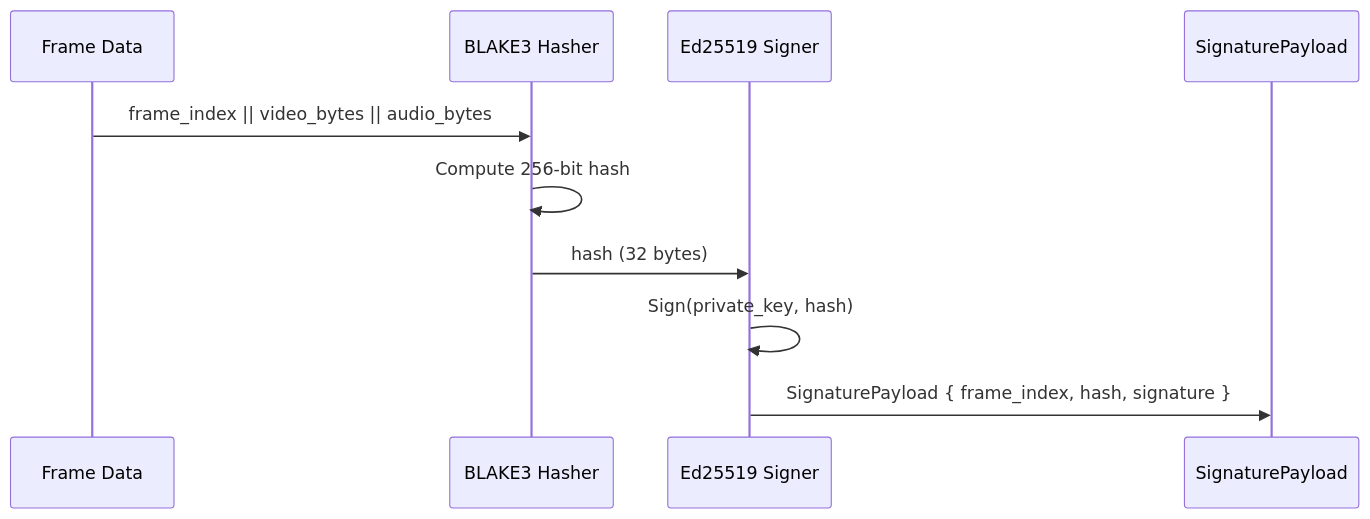
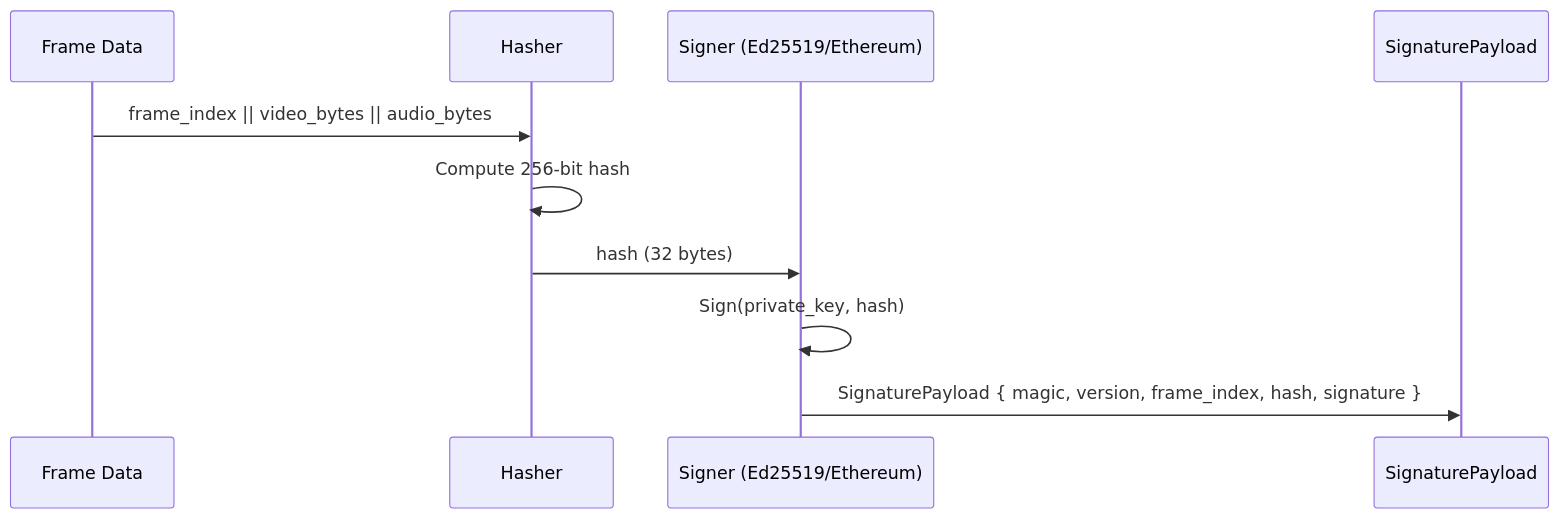
One commit to docxology/steganographer changed the third of 4 diagrams in docs/cryptography.md. Above: the diagram before and after it, drawn with Mermaid. The commit also changed other lines of this file and 31 other files, not shown here.

````diff
--- a/docs/cryptography.md
+++ b/docs/cryptography.md
@@ -213,13 +249,13 @@
 ```mermaid
 sequenceDiagram
     participant F as Frame Data
-    participant H as BLAKE3 Hasher
-    participant S as Ed25519 Signer
+    participant H as Hasher
+    participant S as Signer (Ed25519/Ethereum)
     participant P as SignaturePayload
 
     F->>H: frame_index || video_bytes || audio_bytes
     H->>H: Compute 256-bit hash
     H->>S: hash (32 bytes)
     S->>S: Sign(private_key, hash)
-    S->>P: SignaturePayload { frame_index, hash, signature }
+    S->>P: SignaturePayload { magic, version, frame_index, hash, signature }
 ```
````
